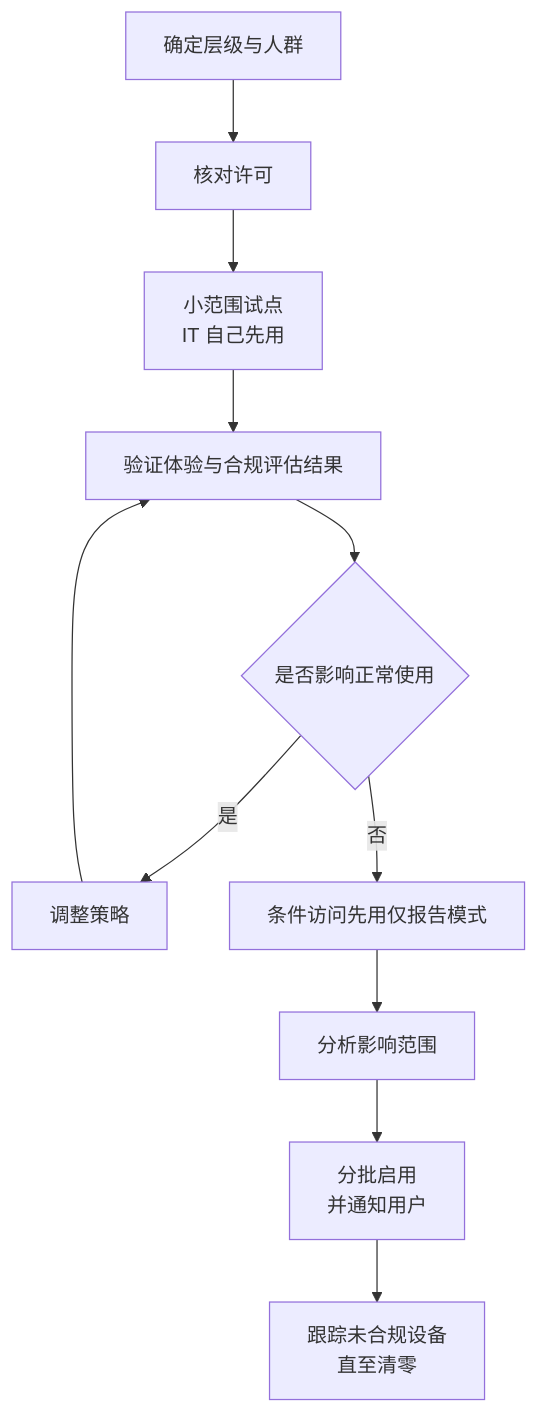
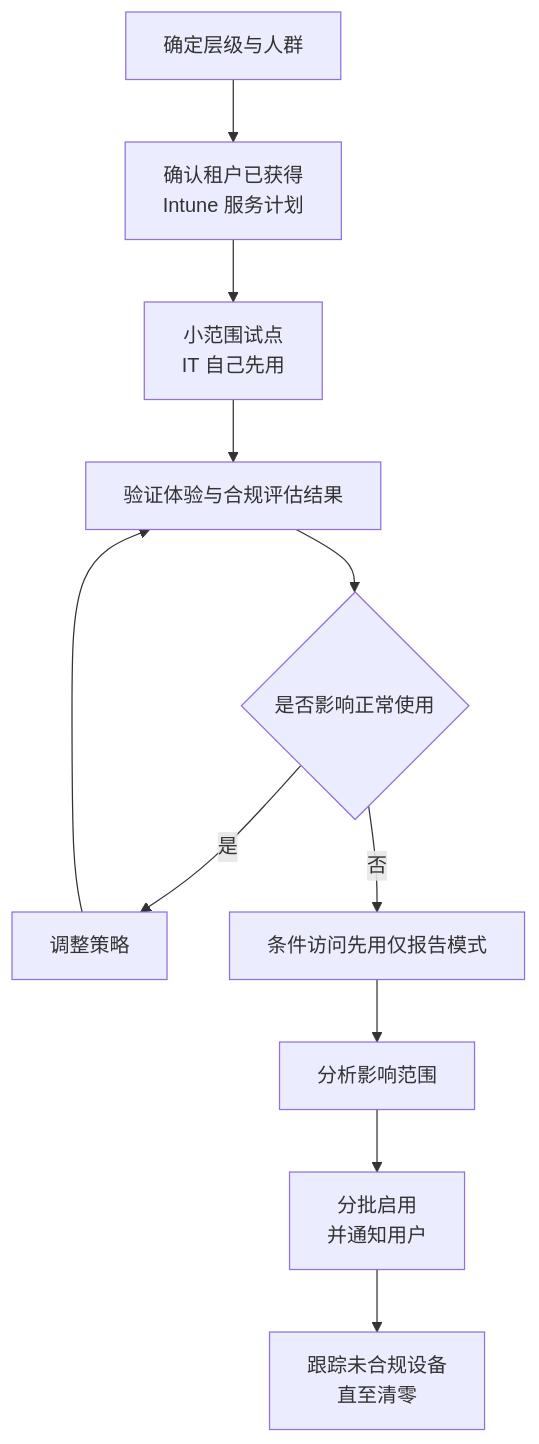
One commit to zerioo1970/summary changed the fourth of 4 diagrams in Microsoft-365企业导入实施方案/05-安全合规与设备管理/04-设备管理与Intune.md. Above: the diagram before and after it, drawn with Mermaid. The commit also changed other lines of this file and 28 other files, not shown here.

````diff
--- a/Microsoft-365企业导入实施方案/05-安全合规与设备管理/04-设备管理与Intune.md
+++ b/Microsoft-365企业导入实施方案/05-安全合规与设备管理/04-设备管理与Intune.md
@@ -266,13 +266,13 @@
 ```mermaid
 graph TD
-    A[确定层级与人群] --> B[核对许可]
+    A[确定层级与人群] --> B[确认租户已获得<br/>Intune 服务计划]
     B --> C[小范围试点<br/>IT 自己先用]
     C --> D[验证体验与合规评估结果]
     D --> E{是否影响正常使用}
     E -->|是| F[调整策略]
     F --> D
     E -->|否| G[条件访问先用仅报告模式]
     G --> H[分析影响范围]
     H --> I[分批启用<br/>并通知用户]
     I --> J[跟踪未合规设备<br/>直至清零]
 ```
````
